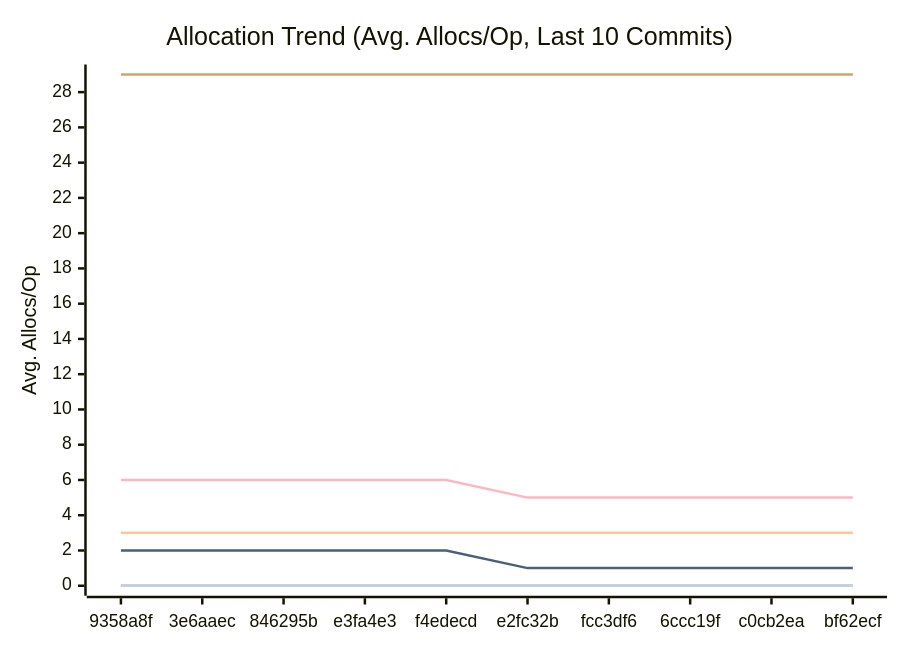
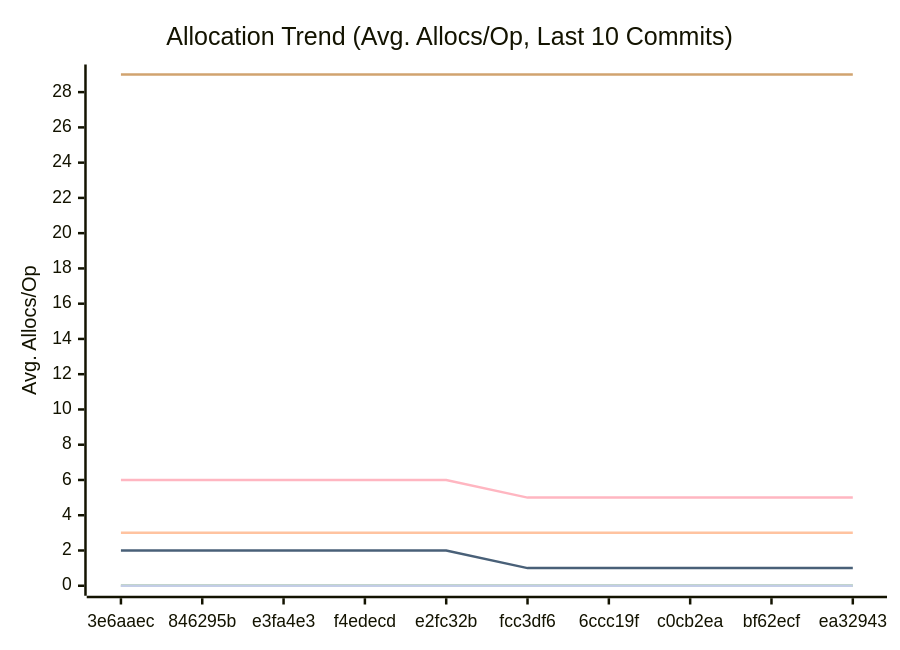
Before and after one commit to alsotoes/momo: the third of 3 diagrams in docs/PERFORMANCE.md, drawn with Mermaid. The commit also changed other lines of this file and 2 other files, not shown here.

````diff
--- a/docs/PERFORMANCE.md
+++ b/docs/PERFORMANCE.md
@@ -114,16 +114,16 @@
 ```mermaid
 xychart-beta
     title "Allocation Trend (Avg. Allocs/Op, Last 10 Commits)"
     x-axis "Commit"
     y-axis "Avg. Allocs/Op"
-    x-axis [9358a8f,3e6aaec,846295b,e3fa4e3,f4edecd,e2fc32b,fcc3df6,6ccc19f,c0cb2ea,bf62ecf]
+    x-axis [3e6aaec,846295b,e3fa4e3,f4edecd,e2fc32b,fcc3df6,6ccc19f,c0cb2ea,bf62ecf,ea32943]
     line "CheckMetricsAndSwap" [0,0,0,0,0,0,0,0,0,0]
     line "CrushOptimized" [0,0,0,0,0,0,0,0,0,0]
     line "CrushOriginal" [3,3,3,3,3,3,3,3,3,3]
     line "IndexDirectTracking" [0,0,0,0,0,0,0,0,0,0]
     line "IndexSearch" [0,0,0,0,0,0,0,0,0,0]
     line "LoadGlobalConfig" [29,29,29,29,29,29,29,29,29,29]
     line "PadString" [0,0,0,0,0,0,0,0,0,0]
     line "ParseReplicationOrder_NoPrealloc" [6,6,6,6,6,5,5,5,5,5]
     line "ParseReplicationOrder_Prealloc" [2,2,2,2,2,1,1,1,1,1]
 ```
````
